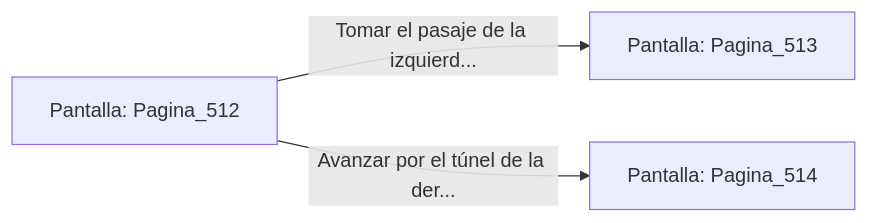
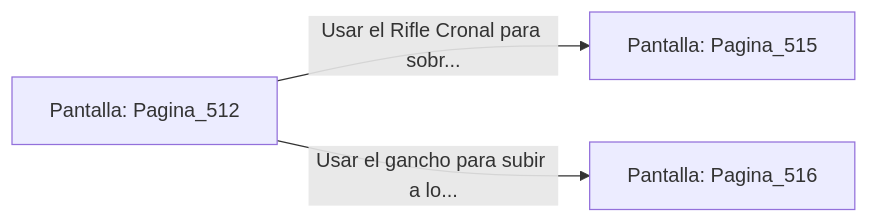
One commit to metsuke/mpl changed the diagram in sample/eligejuego-vault/Pantalla_Pagina_512.md. Above: the diagram before and after it, drawn with Mermaid. The commit also changed other lines of this file and 635 other files, not shown here.

First line of the commit message:
fix: añadir Pagina_1 como pantalla inicial en capitulo_01.mpl

````diff
--- a/sample/eligejuego-vault/Pantalla_Pagina_512.md
+++ b/sample/eligejuego-vault/Pantalla_Pagina_512.md
@@ -20,6 +22,6 @@
 ```mermaid
 graph LR
     P_Pagina_512["Pantalla: Pagina_512"]
-    P_Pagina_512 -->|"Tomar el pasaje de la izquierd..."| P_Pagina_513["Pantalla: Pagina_513"]
-    P_Pagina_512 -->|"Avanzar por el túnel de la der..."| P_Pagina_514["Pantalla: Pagina_514"]
+    P_Pagina_512 -->|"Usar el Rifle Cronal para sobr..."| P_Pagina_515["Pantalla: Pagina_515"]
+    P_Pagina_512 -->|"Usar el gancho para subir a lo..."| P_Pagina_516["Pantalla: Pagina_516"]
 ```
````
